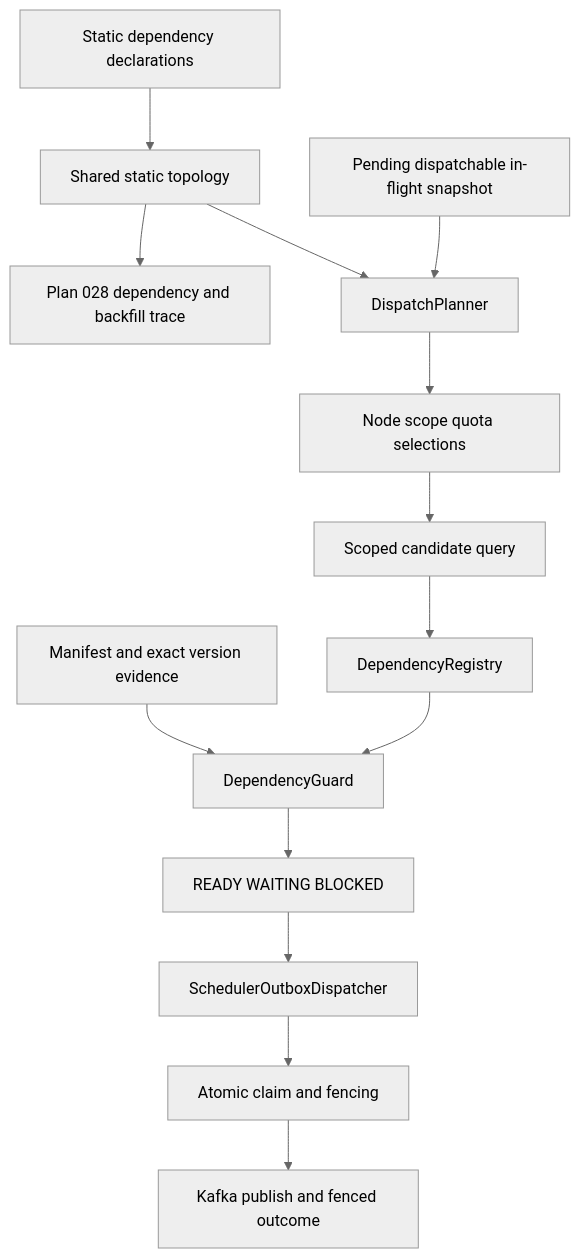
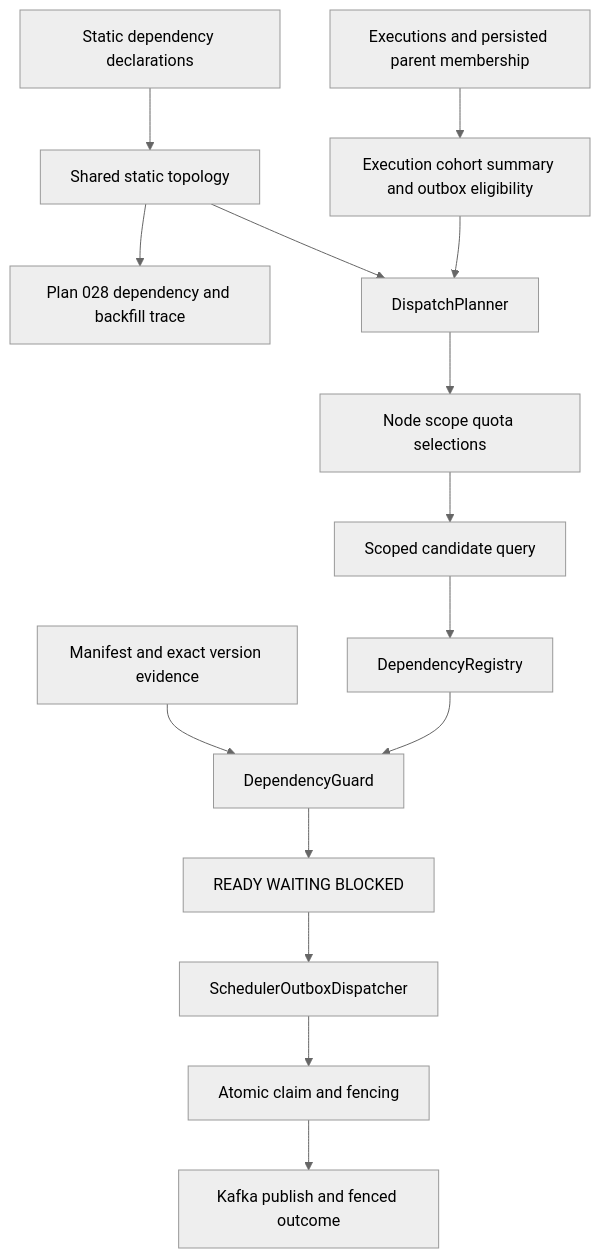
The diagram in docs/plans/030-static-graph-dispatch-planner.md (tanlocit9/omni), drawn with Mermaid (neutral theme) before and after one commit. The commit also changed other lines of this file and 22 other files, not shown here.

````diff
--- a/docs/plans/030-static-graph-dispatch-planner.md
+++ b/docs/plans/030-static-graph-dispatch-planner.md
@@ -82,16 +84,17 @@
 ```mermaid
 flowchart TD
     Definition[Static dependency declarations] --> Topology[Shared static topology]
     Topology --> Backfill[Plan 028 dependency and backfill trace]
     Topology --> Planner[DispatchPlanner]
-    Snapshot[Pending dispatchable in-flight snapshot] --> Planner
+    Executions[Executions and persisted parent membership] --> Snapshot[Execution cohort summary and outbox eligibility]
+    Snapshot --> Planner
     Planner --> Selection[Node scope quota selections]
     Selection --> Query[Scoped candidate query]
     Query --> Registry[DependencyRegistry]
     Inputs[Manifest and exact version evidence] --> Guard[DependencyGuard]
     Registry --> Guard
     Guard --> Decision[READY WAITING BLOCKED]
     Decision --> Dispatcher[SchedulerOutboxDispatcher]
     Dispatcher --> Claim[Atomic claim and fencing]
     Claim --> Publish[Kafka publish and fenced outcome]
 ```
````
